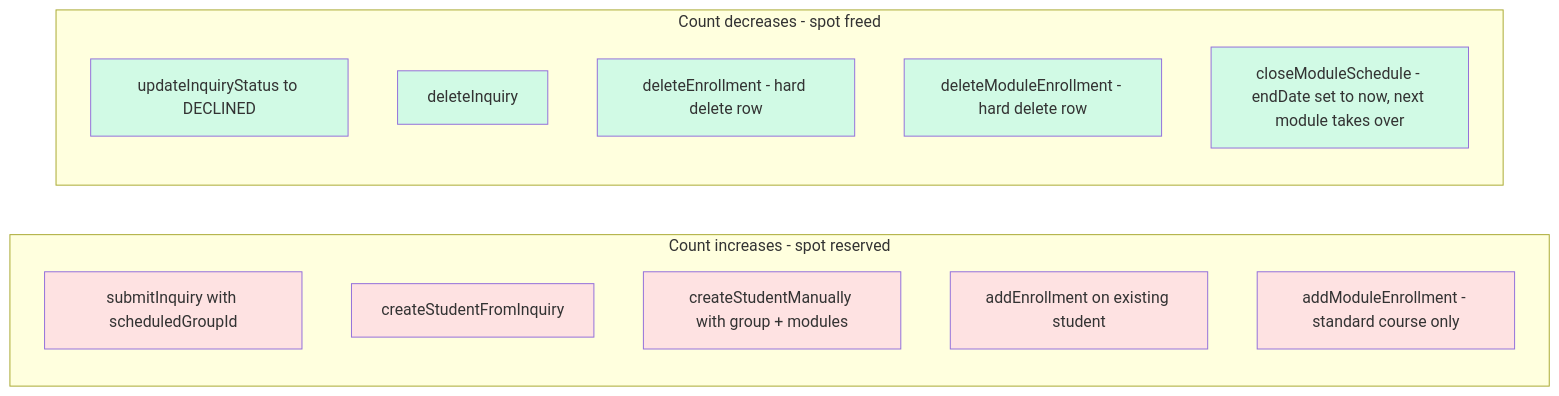
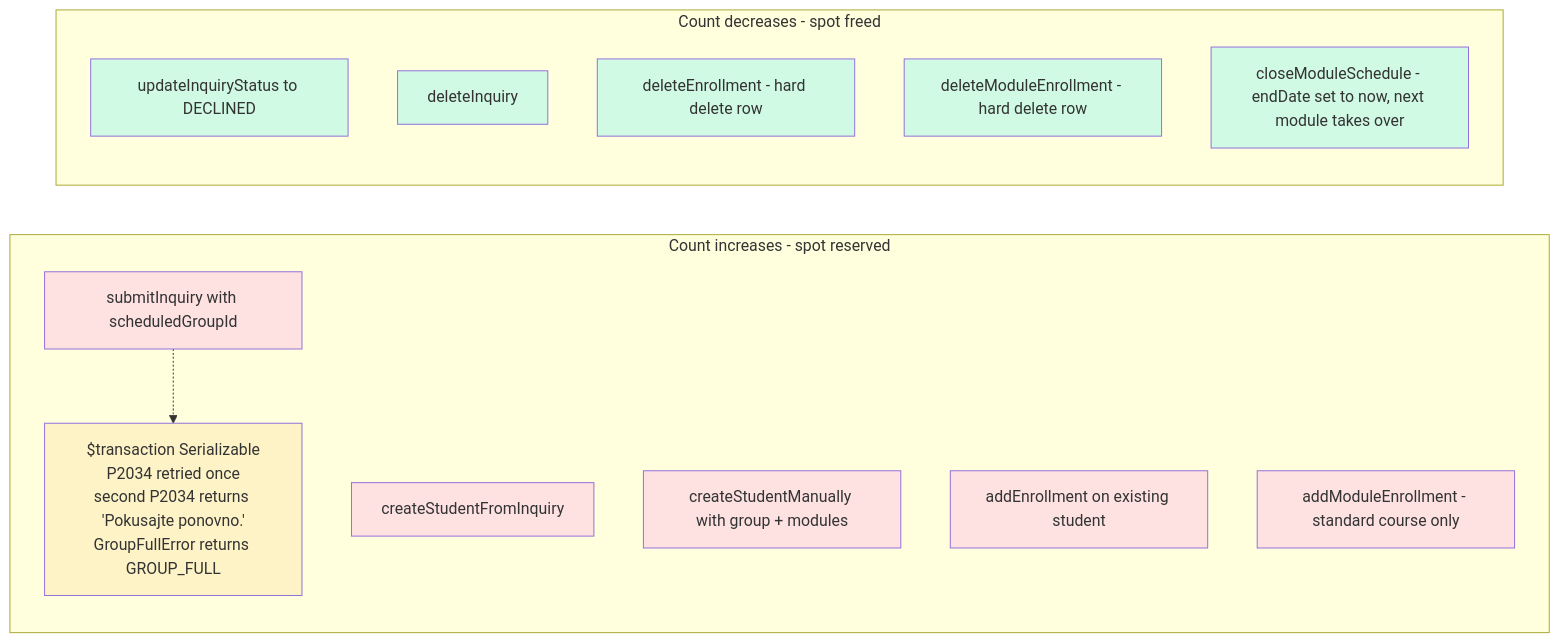
Before and after one commit to jpucic00/inovatic: the third of 11 diagrams in docs/diagrams/flowchart.md, drawn with Mermaid. The commit also changed 5 other files, not shown here.

First line of the commit message:
Sync Phase 3 diagrams: deletedAt, Zod parse, Serializable TX, delete rules

````diff
--- a/docs/diagrams/flowchart.md
+++ b/docs/diagrams/flowchart.md
@@ -47,29 +47,32 @@
 ```mermaid
 flowchart LR
     subgraph "Count increases - spot reserved"
         R1[submitInquiry with scheduledGroupId]
         R2[createStudentFromInquiry]
         R3[createStudentManually with group + modules]
         R4[addEnrollment on existing student]
         R5[addModuleEnrollment - standard course only]
+        R1_TX["$transaction Serializable<br/>P2034 retried once<br/>second P2034 returns 'Pokusajte ponovno.'<br/>GroupFullError returns GROUP_FULL"]
+        R1 -.-> R1_TX
     end
 
     subgraph "Count decreases - spot freed"
         F1[updateInquiryStatus to DECLINED]
         F2[deleteInquiry]
         F3[deleteEnrollment - hard delete row]
         F4[deleteModuleEnrollment - hard delete row]
         F5["closeModuleSchedule - endDate set to now, next module takes over"]
     end
 
     style R1 fill:#fee2e2
     style R2 fill:#fee2e2
     style R3 fill:#fee2e2
     style R4 fill:#fee2e2
     style R5 fill:#fee2e2
+    style R1_TX fill:#fef3c7
     style F1 fill:#d1fae5
     style F2 fill:#d1fae5
     style F3 fill:#d1fae5
     style F4 fill:#d1fae5
     style F5 fill:#d1fae5
 ```
````
